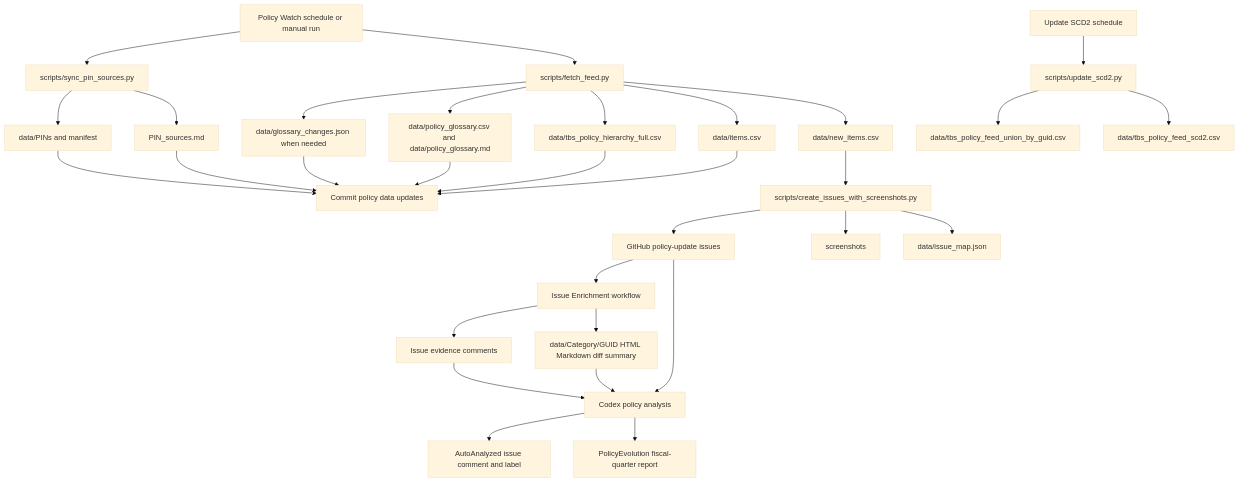
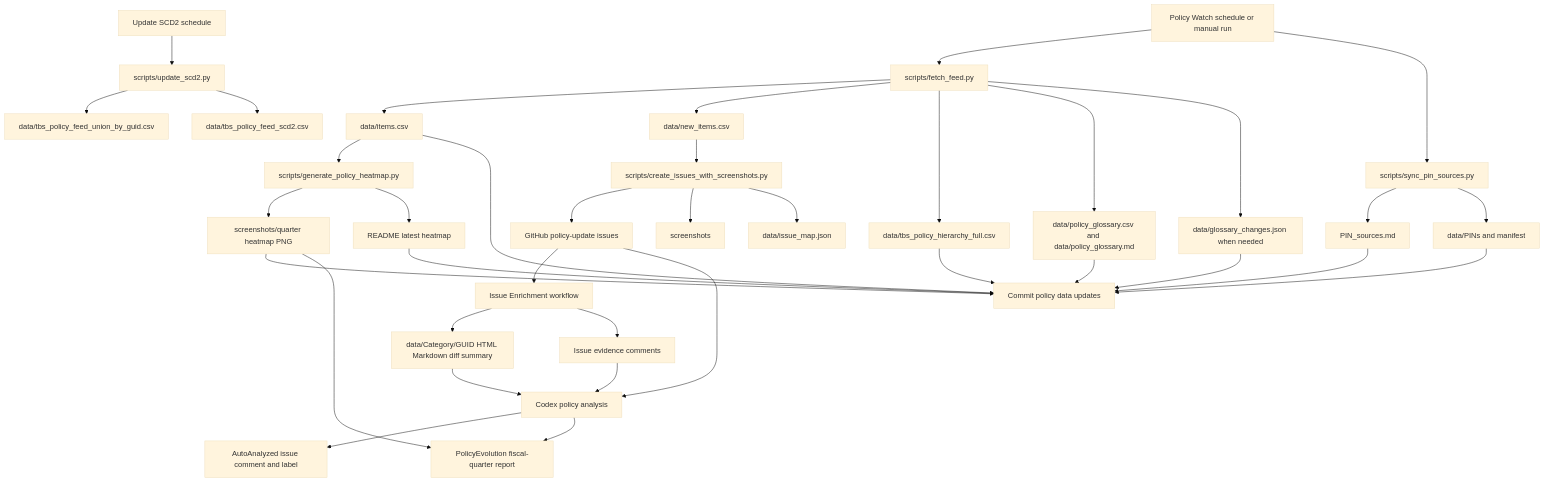
One commit to PatLittle/TBS-Policy-Hawk changed the diagram in README.md. Above: the diagram before and after it, drawn with Mermaid (base theme). The commit also changed other lines of this file and 6 other files, not shown here.

Commit message:
Generate quarterly policy heatmaps

````diff
--- a/README.md
+++ b/README.md
@@ -147,33 +155,39 @@
 ```mermaid
 flowchart TD
     A[Policy Watch schedule or manual run] --> B[scripts/fetch_feed.py]
     B --> C[data/items.csv]
     B --> D[data/new_items.csv]
     B --> E[data/tbs_policy_hierarchy_full.csv]
     B --> F[data/policy_glossary.csv and data/policy_glossary.md]
     B --> G[data/glossary_changes.json when needed]
     A --> H[scripts/sync_pin_sources.py]
     H --> I[PIN_sources.md]
     H --> J[data/PINs and manifest]
+    C --> Z[scripts/generate_policy_heatmap.py]
+    Z --> ZA[screenshots/quarter heatmap PNG]
+    Z --> ZB[README latest heatmap]
     C --> K[Commit policy data updates]
     E --> K
     F --> K
     G --> K
     I --> K
     J --> K
+    ZA --> K
+    ZB --> K
     D --> L[scripts/create_issues_with_screenshots.py]
     L --> M[GitHub policy-update issues]
     L --> N[screenshots]
     L --> O[data/issue_map.json]
     M --> P[Issue Enrichment workflow]
     P --> Q[data/Category/GUID HTML Markdown diff summary]
     P --> R[Issue evidence comments]
     M --> S[Codex policy analysis]
     Q --> S
     R --> S
     S --> T[AutoAnalyzed issue comment and label]
     S --> U[PolicyEvolution fiscal-quarter report]
+    ZA --> U
     V[Update SCD2 schedule] --> W[scripts/update_scd2.py]
     W --> X[data/tbs_policy_feed_union_by_guid.csv]
     W --> Y[data/tbs_policy_feed_scd2.csv]
 ```
````
